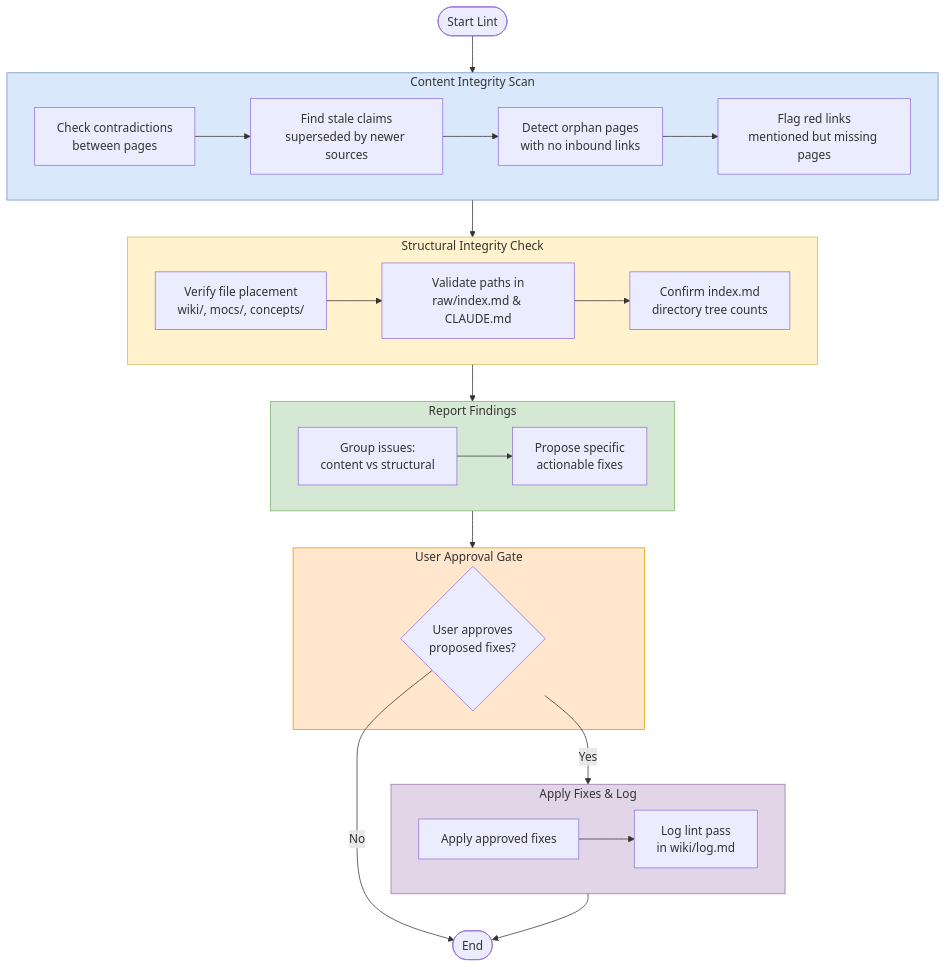
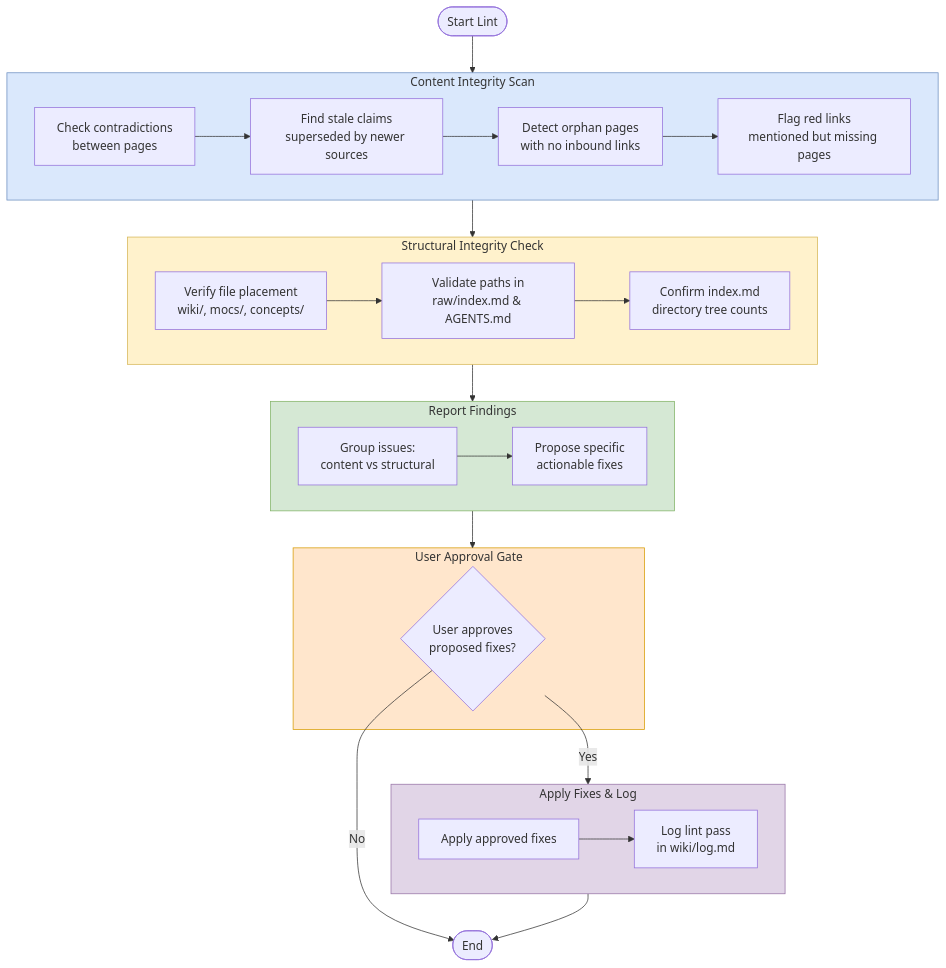
The diagram in workflows/lint.md (CompleteTech-LLC-AI-Research/beyond-the-token-bottleneck), drawn with Mermaid before and after one commit. The commit also changed other lines of this file and 13 other files, not shown here.

````diff
--- a/workflows/lint.md
+++ b/workflows/lint.md
@@ -3,51 +3,51 @@
 ```mermaid
 graph TD
     Start([Start Lint]) --> CS
 
     subgraph CS [Content Integrity Scan]
         style CS fill:#dae8fc,stroke:#6c8ebf
         C1[Check contradictions<br>between pages]
         C2[Find stale claims<br>superseded by newer sources]
         C3[Detect orphan pages<br>with no inbound links]
         C4[Flag red links<br>mentioned but missing pages]
         C1 --> C2 --> C3 --> C4
     end
 
     CS --> SS
 
     subgraph SS [Structural Integrity Check]
         style SS fill:#fff2cc,stroke:#d6b656
         S1[Verify file placement<br>wiki/, mocs/, concepts/]
-        S2[Validate paths in<br>raw/index.md & CLAUDE.md]
+S2[Validate paths in<br>raw/index.md & AGENTS.md]
         S3[Confirm index.md<br>directory tree counts]
         S1 --> S2 --> S3
     end
 
     SS --> RF
 
     subgraph RF [Report Findings]
         style RF fill:#d5e8d4,stroke:#82b366
         R1[Group issues:<br>content vs structural]
         R2[Propose specific<br>actionable fixes]
         R1 --> R2
     end
 
     RF --> UA
 
     subgraph UA [User Approval Gate]
         style UA fill:#ffe6cc,stroke:#d79b00
         U1{User approves<br>proposed fixes?}
     end
 
     U1 -- Yes --> AF
     U1 -- No --> Done([End])
 
     subgraph AF [Apply Fixes & Log]
         style AF fill:#e1d5e7,stroke:#9673a6
         A1[Apply approved fixes]
         A2[Log lint pass<br>in wiki/log.md]
         A1 --> A2
     end
 
     AF --> Done
 ```
````
